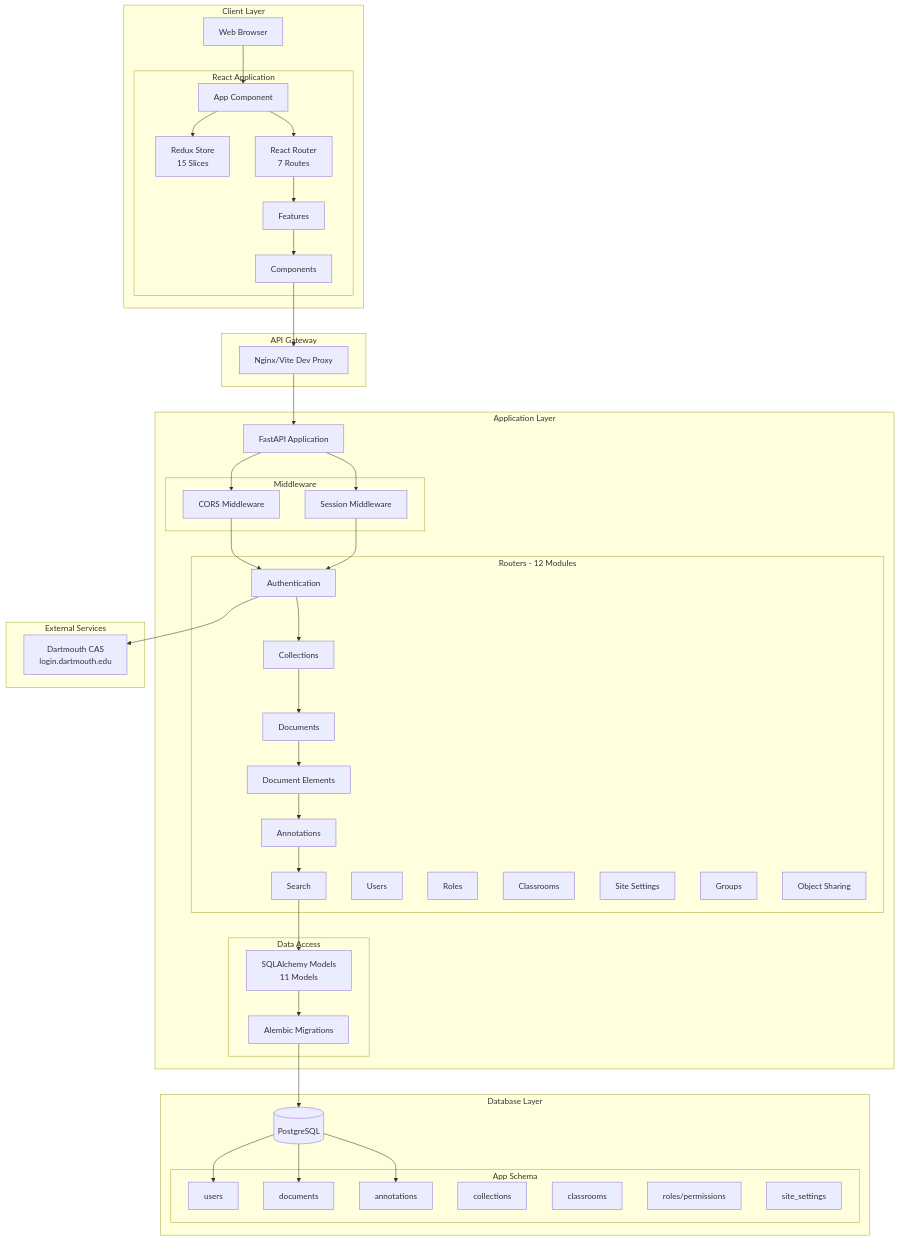
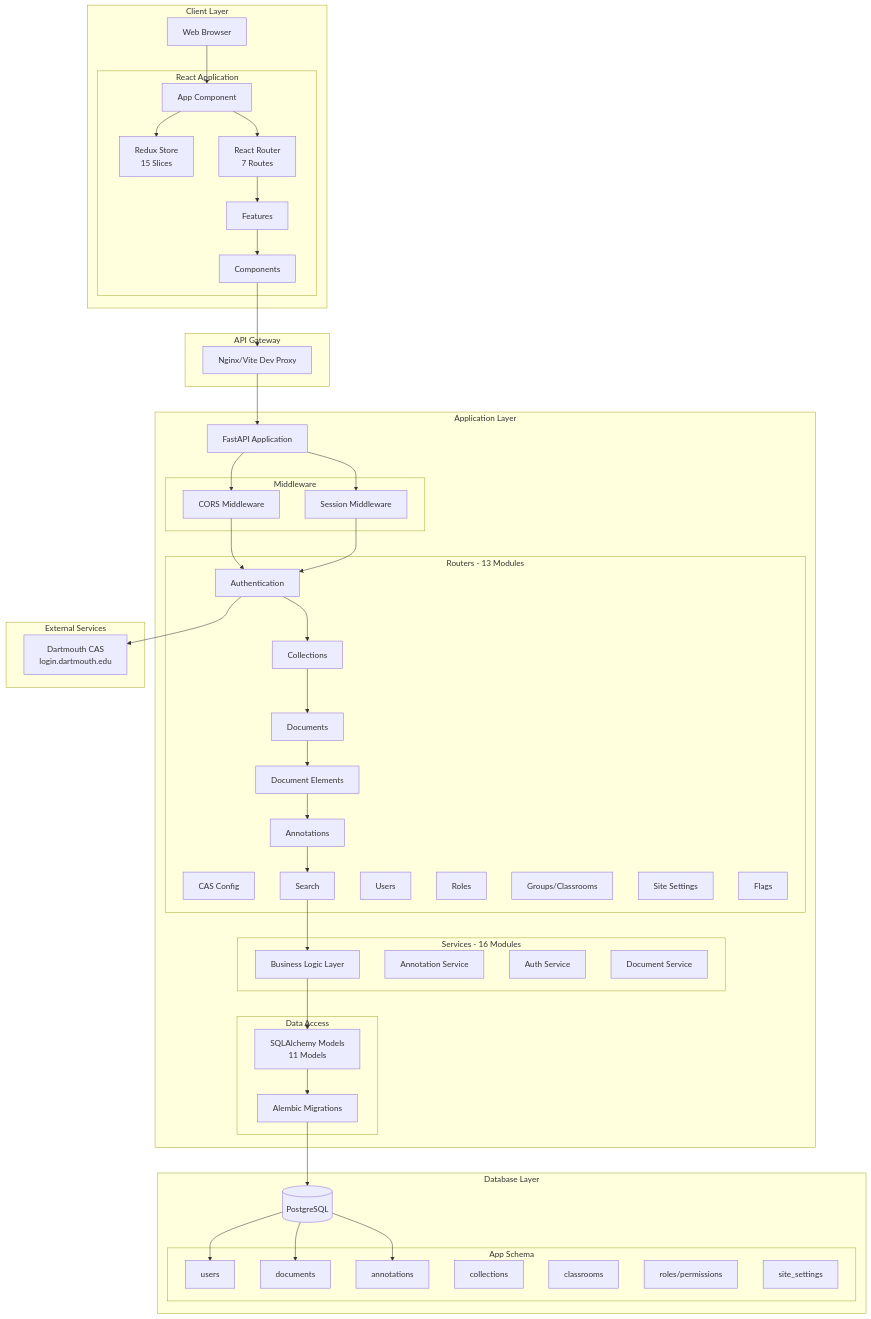
One commit to dartmouth/genji-lab changed the second of 29 diagrams in docs/architecture/SYSTEM_OVERVIEW.md. Above: the diagram before and after it, drawn with Mermaid. The commit also changed other lines of this file and 11 other files, not shown here.

```diff
--- a/docs/architecture/SYSTEM_OVERVIEW.md
+++ b/docs/architecture/SYSTEM_OVERVIEW.md
@@ -125,8 +127,9 @@
             J[Session Middleware]
         end
         
-        subgraph "Routers - 12 Modules"
+        subgraph "Routers - 13 Modules"
             K[Authentication]
+            K1[CAS Config]
             L[Collections]
             M[Documents]
             N[Document Elements]
@@ -134,10 +137,16 @@
             P[Search]
             Q[Users]
             R[Roles]
-            S[Classrooms]
+            S[Groups/Classrooms]
             T[Site Settings]
-            U[Groups]
-            V[Object Sharing]
+            U[Flags]
+        end
+        
+        subgraph "Services - 16 Modules"
+            SV1[Business Logic Layer]
+            SV2[Annotation Service]
+            SV3[Auth Service]
+            SV4[Document Service]
         end
         
         subgraph "Data Access"
@@ -181,7 +190,8 @@
     M --> N
     N --> O
     O --> P
-    P --> W
+    P --> SV1
+    SV1 --> W
     W --> X
     X --> Y
     Y --> Z1
```
